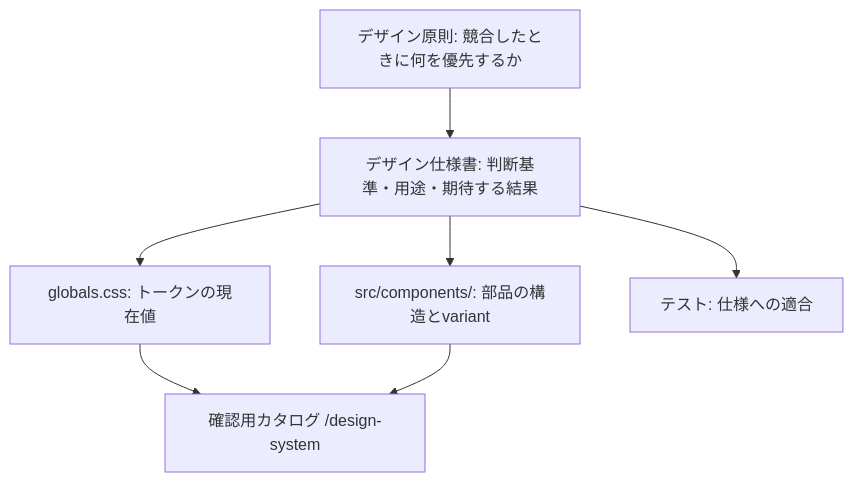
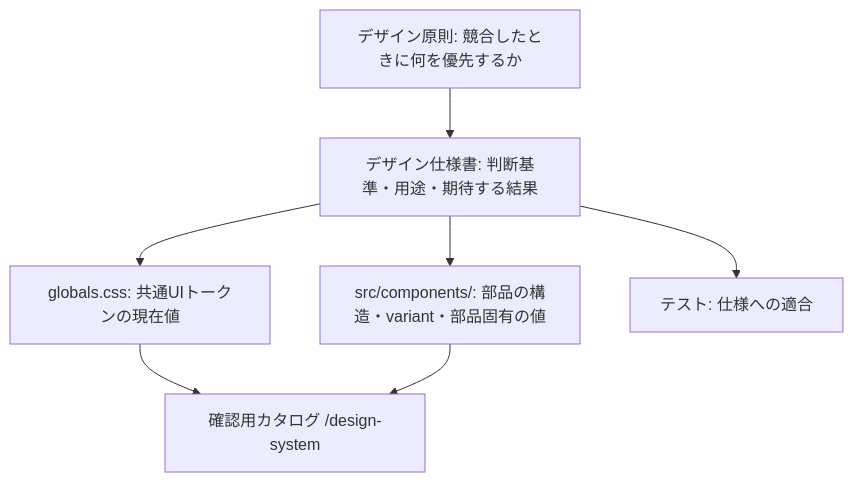
One commit to KJR020/kjr020-blog changed the diagram in docs/design/design-system.md. Above: the diagram before and after it, drawn with Mermaid. The commit also changed other lines of this file, not shown here.

````diff
--- a/docs/design/design-system.md
+++ b/docs/design/design-system.md
@@ -19,16 +19,16 @@
 ```mermaid
 graph TB
     P["デザイン原則: 競合したときに何を優先するか"]
     D["デザイン仕様書: 判断基準・用途・期待する結果"]
-    T["globals.css: トークンの現在値"]
-    C["src/components/: 部品の構造とvariant"]
+    T["globals.css: 共通UIトークンの現在値"]
+    C["src/components/: 部品の構造・variant・部品固有の値"]
     E["テスト: 仕様への適合"]
     K["確認用カタログ /design-system"]
 
     P --> D
     D --> T
     D --> C
     D --> E
     T --> K
     C --> K
 ```
````
